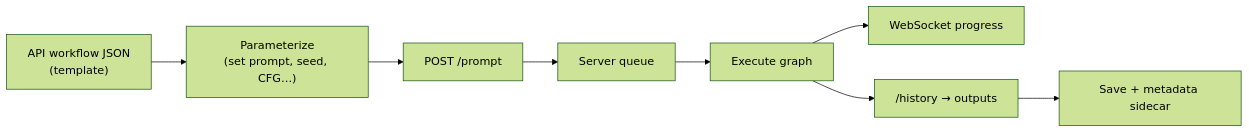
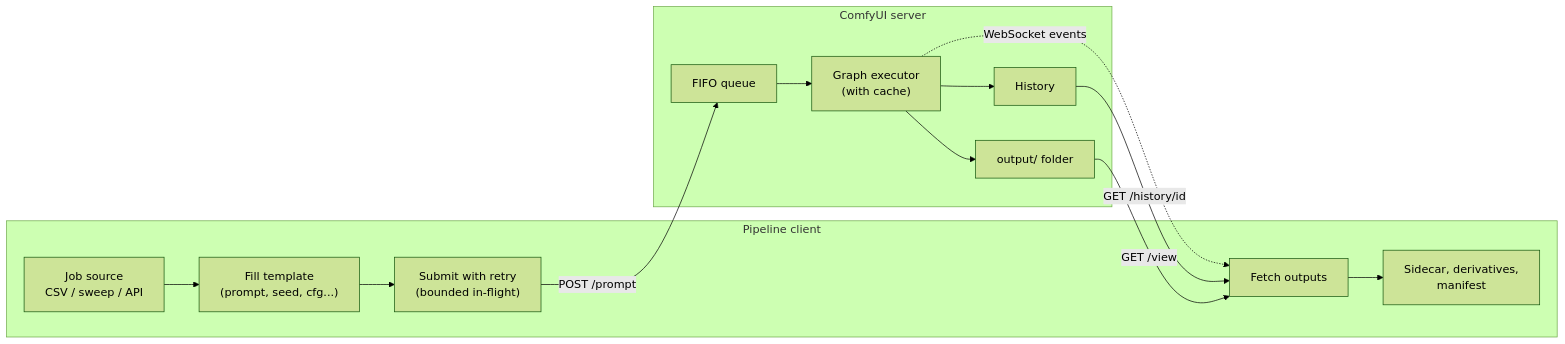
One commit to AndrewAltimit/Documentation changed the first of 4 diagrams in github-pages/docs/ai-ml/production-pipelines.md. Above: the diagram before and after it, drawn with Mermaid (forest theme). The commit also changed other lines of this file and 240 other files, not shown here.

````diff
--- a/github-pages/docs/ai-ml/production-pipelines.md
+++ b/github-pages/docs/ai-ml/production-pipelines.md
@@ -68,10 +21,17 @@
 ```mermaid
 flowchart LR
-    Tmpl["API workflow JSON<br/>(template)"] --> Param["Parameterize<br/>(set prompt, seed, CFG…)"]
-    Param --> Post["POST /prompt"]
-    Post --> Queue["Server queue"]
-    Queue --> Exec["Execute graph"]
-    Exec --> WS["WebSocket progress"]
-    Exec --> Hist["/history → outputs"]
-    Hist --> Save["Save + metadata sidecar"]
+    subgraph Client["Pipeline client"]
+        Src["Job source<br/>CSV / sweep / API"] --> Fill["Fill template<br/>(prompt, seed, cfg...)"]
+        Fill --> Sub["Submit with retry<br/>(bounded in-flight)"]
+        Res["Fetch outputs"] --> Post["Sidecar, derivatives,<br/>manifest"]
+    end
+    subgraph Server["ComfyUI server"]
+        Q["FIFO queue"] --> Exec["Graph executor<br/>(with cache)"]
+        Exec --> Hist["History"]
+        Exec --> Files["output/ folder"]
+    end
+    Sub -->|POST /prompt| Q
+    Exec -.->|WebSocket events| Res
+    Hist -->|GET /history/id| Res
+    Files -->|GET /view| Res
 ```
````
